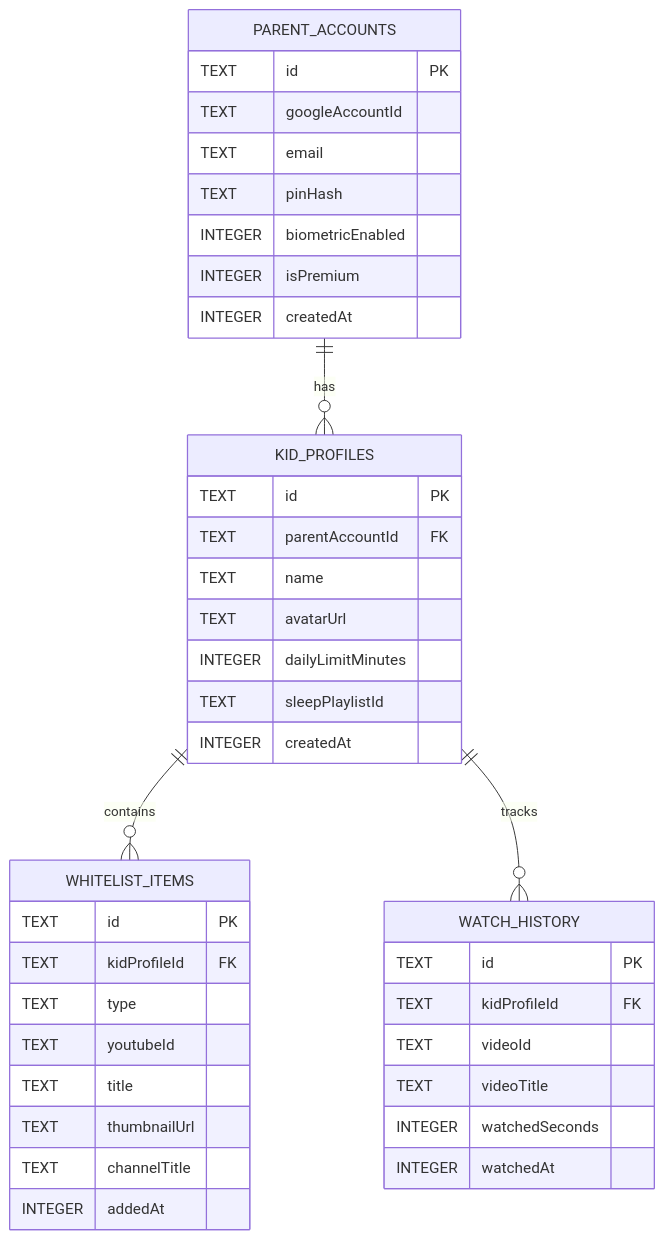
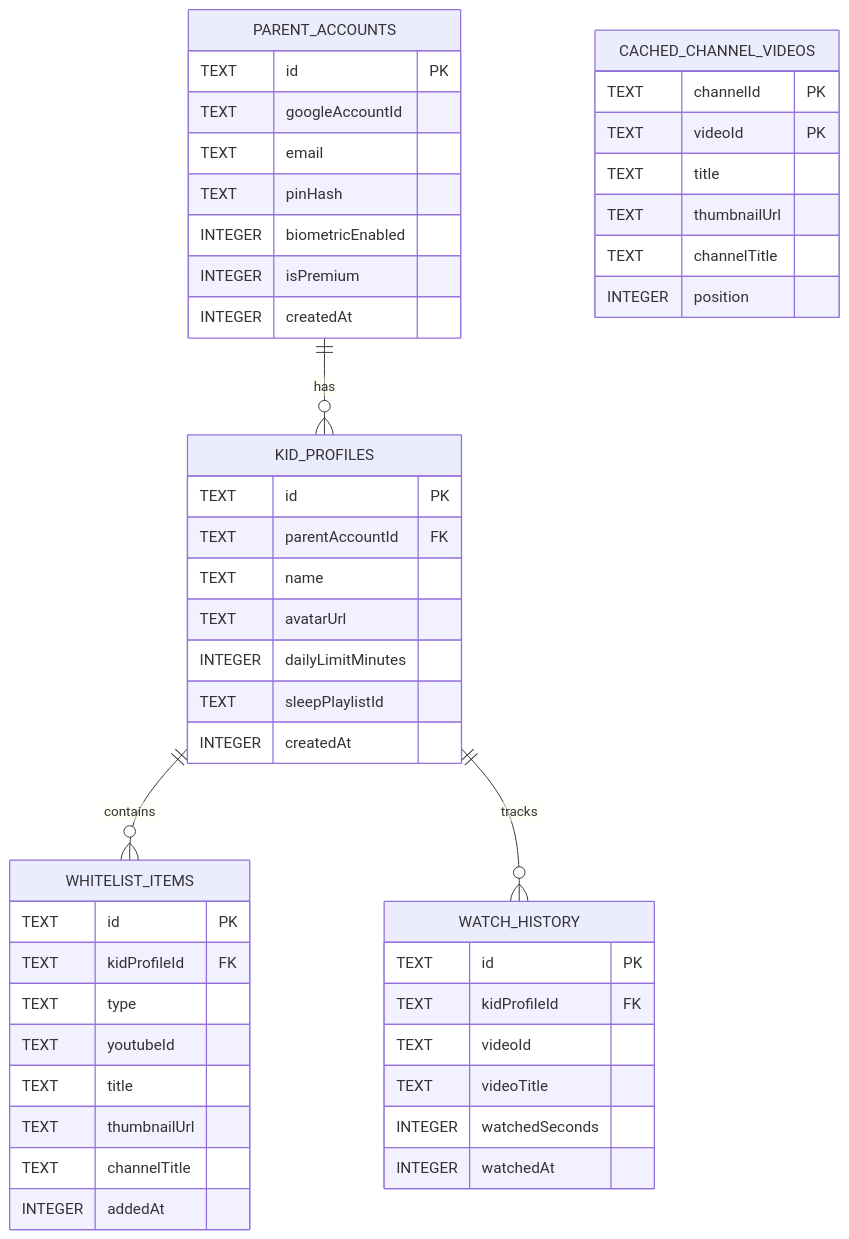
The second of 5 diagrams in docs/LLD.md (degipe/YouTubeWhitelist), drawn with Mermaid before and after one commit. The commit also changed other lines of this file and 14 other files, not shown here.

````diff
--- a/docs/LLD.md
+++ b/docs/LLD.md
@@ -108,46 +108,55 @@
 ```mermaid
 erDiagram
     PARENT_ACCOUNTS {
         TEXT id PK
         TEXT googleAccountId
         TEXT email
         TEXT pinHash
         INTEGER biometricEnabled
         INTEGER isPremium
         INTEGER createdAt
     }
 
     KID_PROFILES {
         TEXT id PK
         TEXT parentAccountId FK
         TEXT name
         TEXT avatarUrl
         INTEGER dailyLimitMinutes
         TEXT sleepPlaylistId
         INTEGER createdAt
     }
 
     WHITELIST_ITEMS {
         TEXT id PK
         TEXT kidProfileId FK
         TEXT type
         TEXT youtubeId
         TEXT title
         TEXT thumbnailUrl
         TEXT channelTitle
         INTEGER addedAt
     }
 
     WATCH_HISTORY {
         TEXT id PK
         TEXT kidProfileId FK
         TEXT videoId
         TEXT videoTitle
         INTEGER watchedSeconds
         INTEGER watchedAt
     }
 
+    CACHED_CHANNEL_VIDEOS {
+        TEXT channelId PK
+        TEXT videoId PK
+        TEXT title
+        TEXT thumbnailUrl
+        TEXT channelTitle
+        INTEGER position
+    }
+
     PARENT_ACCOUNTS ||--o{ KID_PROFILES : "has"
     KID_PROFILES ||--o{ WHITELIST_ITEMS : "contains"
     KID_PROFILES ||--o{ WATCH_HISTORY : "tracks"
 ```
````
